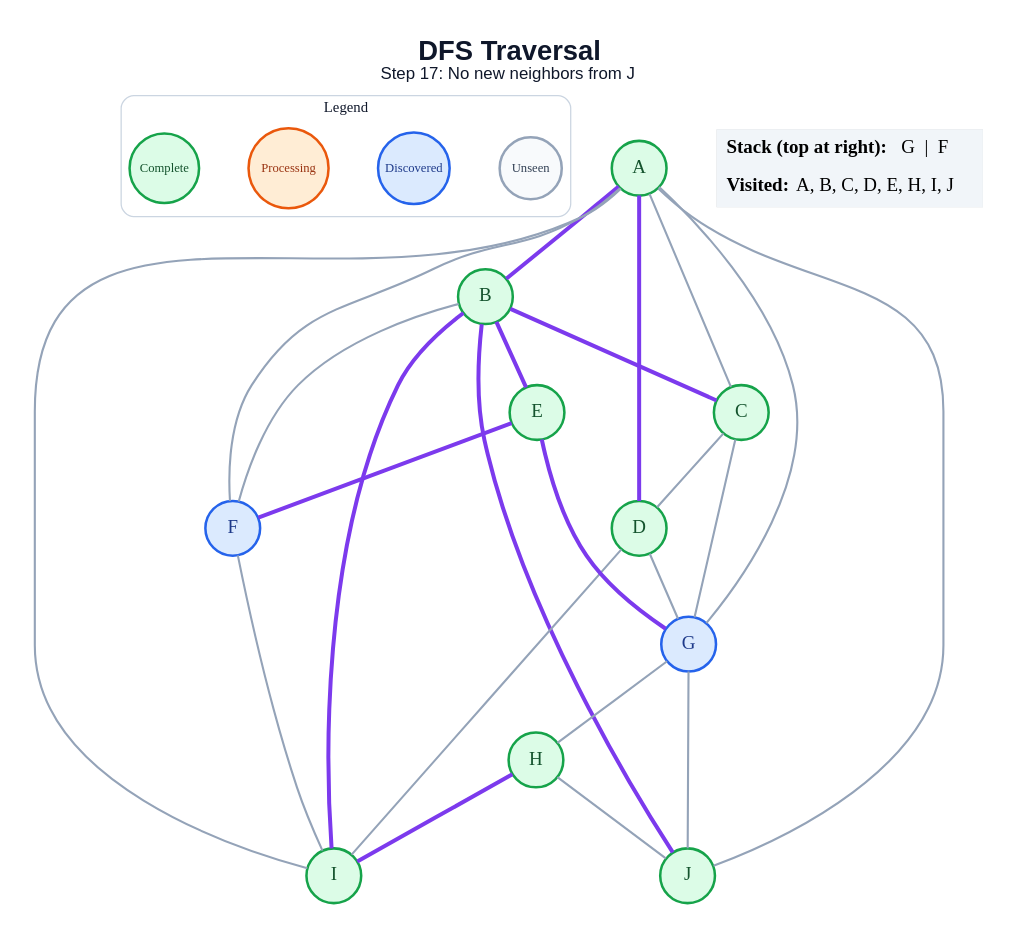
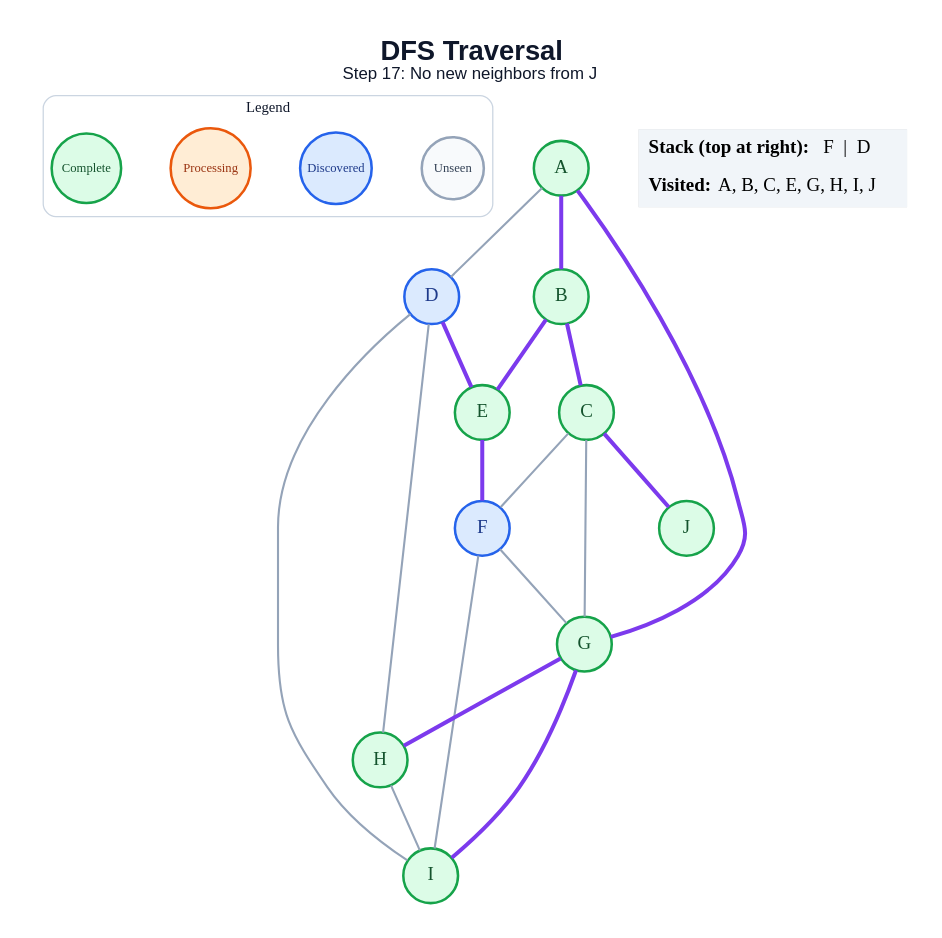
Before and after one commit to anon7238593-create/ai-slop: the diagram in generated/specific-node/dfs/step_17.dot, drawn with Graphviz. The commit also changed 178 other files, not shown here.

```diff
--- a/generated/specific-node/dfs/step_17.dot
+++ b/generated/specific-node/dfs/step_17.dot
@@ -1,52 +1,46 @@
 graph traversal {
   graph [layout=dot, rankdir=TB, bgcolor="#FFFFFF", pad="0.35", nodesep="0.65", ranksep="0.8", fontname="Arial"];
   node [shape=circle, style="filled", fontname="Arial Bold", fontsize=18, width=0.72, fixedsize=true, penwidth=2.4];
   edge [color="#94A3B8", penwidth=2.0];
   label=<<B>DFS Traversal</B><BR/><FONT POINT-SIZE="16">Step 17: No new neighbors from J</FONT>>; labelloc="t"; fontsize=26; fontname="Arial"; fontcolor="#0F172A";
   subgraph cluster_legend { label="Legend"; color="#CBD5E1"; penwidth=1.2; style="rounded"; fontsize=14; fontname="Arial Bold";
     key_unseen [label="Unseen", fillcolor="#F8FAFC", color="#94A3B8", fontcolor="#334155", fontsize=12, width=0.82];
     key_frontier [label="Discovered", fillcolor="#DBEAFE", color="#2563EB", fontcolor="#1E3A8A", fontsize=12, width=0.95];
     key_current [label="Processing", fillcolor="#FFEDD5", color="#EA580C", fontcolor="#9A3412", fontsize=12, width=1.05];
     key_done [label="Complete", fillcolor="#DCFCE7", color="#16A34A", fontcolor="#14532D", fontsize=12, width=0.92];
     { rank=same; key_unseen; key_frontier; key_current; key_done; }
   }
   A [fillcolor="#DCFCE7", color="#16A34A", fontcolor="#14532D"];
   B [fillcolor="#DCFCE7", color="#16A34A", fontcolor="#14532D"];
   C [fillcolor="#DCFCE7", color="#16A34A", fontcolor="#14532D"];
-  D [fillcolor="#DCFCE7", color="#16A34A", fontcolor="#14532D"];
+  D [fillcolor="#DBEAFE", color="#2563EB", fontcolor="#1E3A8A"];
   E [fillcolor="#DCFCE7", color="#16A34A", fontcolor="#14532D"];
   F [fillcolor="#DBEAFE", color="#2563EB", fontcolor="#1E3A8A"];
-  G [fillcolor="#DBEAFE", color="#2563EB", fontcolor="#1E3A8A"];
+  G [fillcolor="#DCFCE7", color="#16A34A", fontcolor="#14532D"];
   H [fillcolor="#DCFCE7", color="#16A34A", fontcolor="#14532D"];
   I [fillcolor="#DCFCE7", color="#16A34A", fontcolor="#14532D"];
   J [fillcolor="#DCFCE7", color="#16A34A", fontcolor="#14532D"];
   A -- B [color="#7C3AED", penwidth=3.8];
-  A -- C;
-  A -- D [color="#7C3AED", penwidth=3.8];
-  A -- F;
-  A -- G;
-  A -- I;
-  A -- J;
+  A -- D;
+  A -- G [color="#7C3AED", penwidth=3.8];
   B -- C [color="#7C3AED", penwidth=3.8];
   B -- E [color="#7C3AED", penwidth=3.8];
-  B -- F;
-  B -- I [color="#7C3AED", penwidth=3.8];
-  B -- J [color="#7C3AED", penwidth=3.8];
-  C -- D;
+  C -- F;
   C -- G;
-  D -- G;
+  C -- J [color="#7C3AED", penwidth=3.8];
+  D -- E [color="#7C3AED", penwidth=3.8];
+  D -- H;
   D -- I;
   E -- F [color="#7C3AED", penwidth=3.8];
-  E -- G [color="#7C3AED", penwidth=3.8];
+  F -- G;
   F -- I;
-  G -- H;
-  G -- J;
-  H -- I [color="#7C3AED", penwidth=3.8];
-  H -- J;
+  G -- H [color="#7C3AED", penwidth=3.8];
+  G -- I [color="#7C3AED", penwidth=3.8];
+  H -- I;
   status [shape=plain, fixedsize=false, width=0, height=0, margin=0, label=<
     <TABLE BORDER="0" CELLBORDER="0" CELLPADDING="7" BGCOLOR="#F1F5F9">
-      <TR><TD ALIGN="LEFT"><B>Stack (top at right):</B> G  |  F</TD></TR>
-      <TR><TD ALIGN="LEFT"><B>Visited:</B> A, B, C, D, E, H, I, J</TD></TR>
+      <TR><TD ALIGN="LEFT"><B>Stack (top at right):</B> F  |  D</TD></TR>
+      <TR><TD ALIGN="LEFT"><B>Visited:</B> A, B, C, E, G, H, I, J</TD></TR>
     </TABLE>
   >];
 }
```
